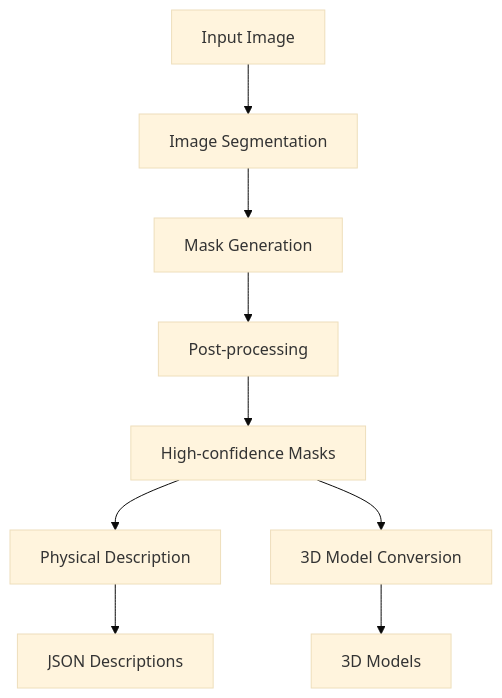
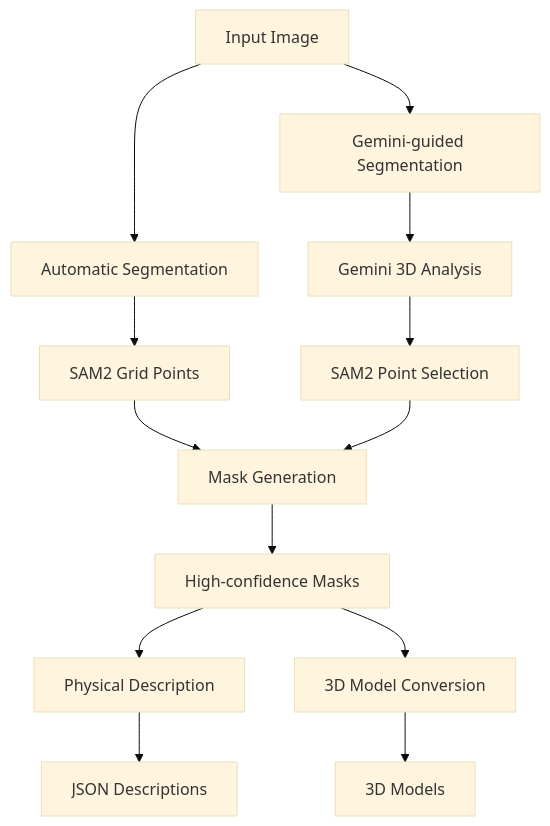
One commit to PalatialXR/palatial-sim-python changed the diagram in README.md. Above: the diagram before and after it, drawn with Mermaid (base theme). The commit also changed other lines of this file and 6 other files, not shown here.

````diff
--- a/README.md
+++ b/README.md
@@ -7,11 +7,15 @@
 ```mermaid
 graph TD
-    A[Input Image] --> B[Image Segmentation]
-    B --> C[Mask Generation]
-    C --> D[Post-processing]
+    A[Input Image] --> B1[Automatic Segmentation]
+    A --> B2[Gemini-guided Segmentation]
+    B1 --> C1[SAM2 Grid Points]
+    B2 --> C2[Gemini 3D Analysis]
+    C2 --> C3[SAM2 Point Selection]
+    C1 --> D[Mask Generation]
+    C3 --> D
     D --> E[High-confidence Masks]
     E --> F[Physical Description]
     E --> G[3D Model Conversion]
     F --> H[JSON Descriptions]
     G --> I[3D Models]
 ```
````
